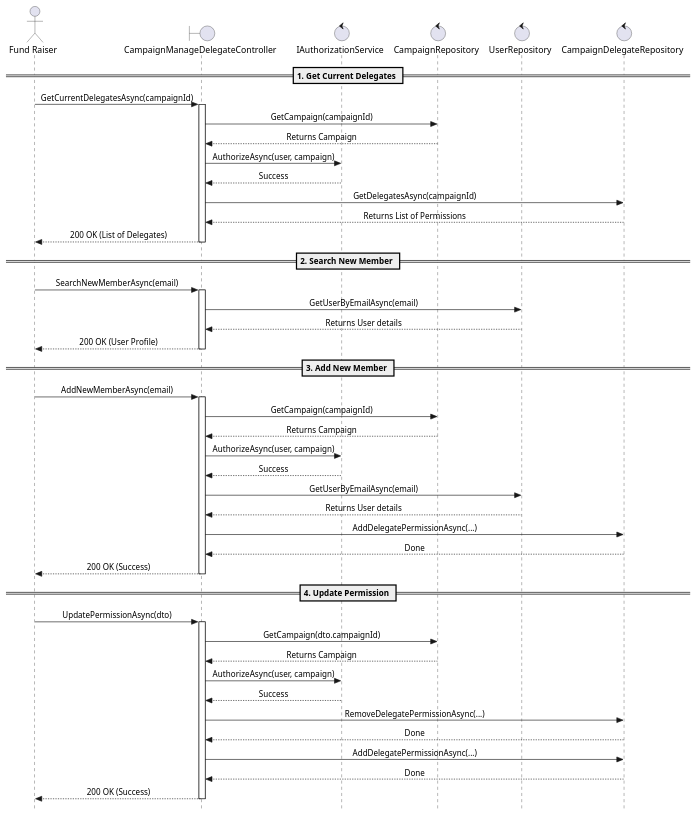
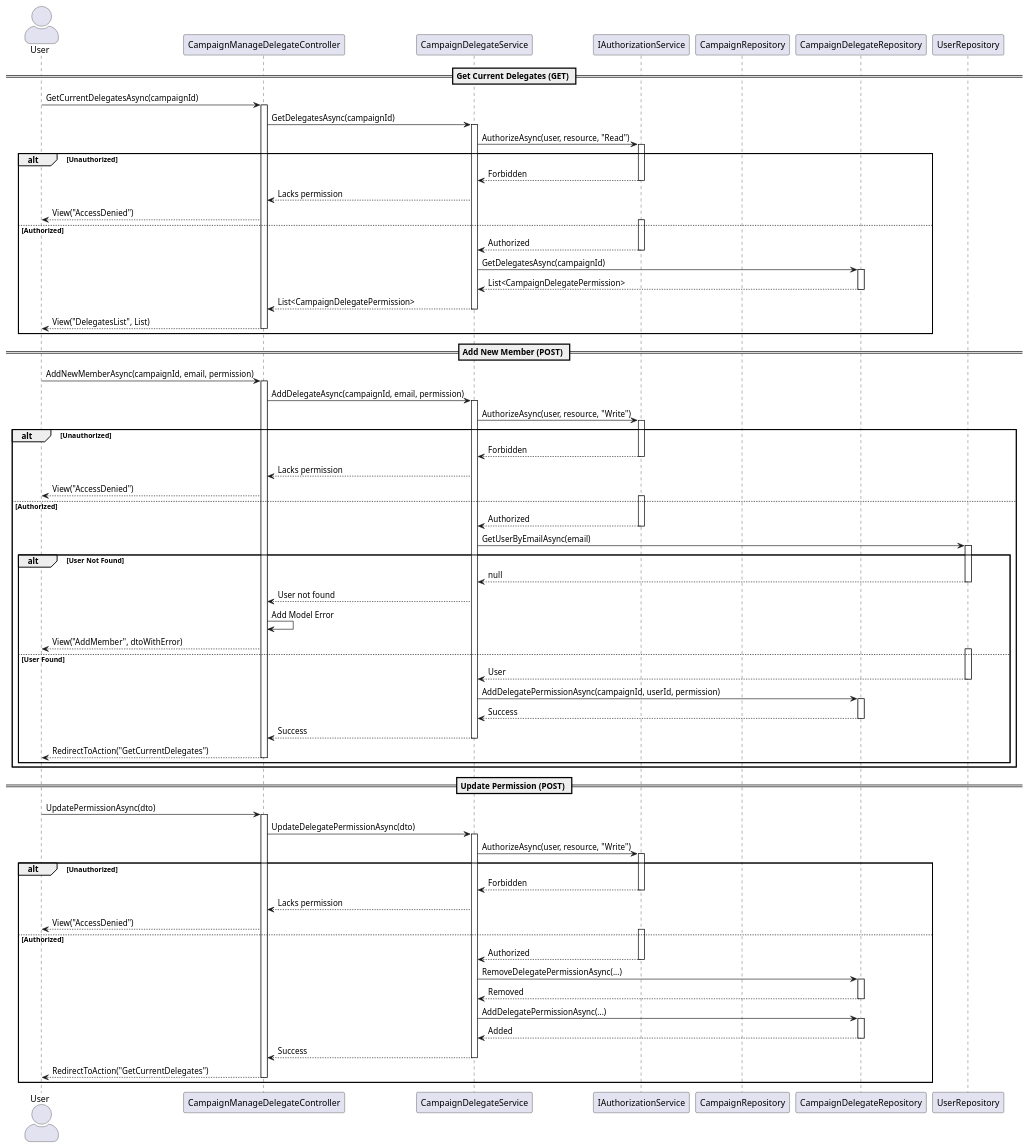
Before and after one commit to acidMyke/FundRaisingAssignment: the diagram in docs/CampaignAccessDelegation/bce-sequence-diagram.plantuml, drawn with PlantUML. The commit also changed 1 other file, not shown here.

Commit message:
docs: update diagram with a service layer

```diff
--- a/docs/CampaignAccessDelegation/bce-sequence-diagram.plantuml
+++ b/docs/CampaignAccessDelegation/bce-sequence-diagram.plantuml
@@ -1,80 +1,113 @@
-@startuml Campaign Access Delegation Sequence - All Methods
-skinparam style strictuml
-skinparam sequenceMessageAlign center
+@startuml Campaign Delegate Flows
+skinparam actorStyle awesome
 
-actor "Fund Raiser" as User
-boundary "CampaignManageDelegateController" as Boundary
-control "IAuthorizationService" as Auth
-control "CampaignRepository" as CampRepo
-control "UserRepository" as UserRepo
-control "CampaignDelegateRepository" as DelegateRepo
+actor User as Client
+participant "CampaignManageDelegateController" as Controller
+participant "CampaignDelegateService" as Service
+participant "IAuthorizationService" as Auth
+participant "CampaignRepository" as CampaignRepo
+participant "CampaignDelegateRepository" as DelegateRepo
+participant "UserRepository" as UserRepo
 
-== 1. Get Current Delegates ==
-User -> Boundary : GetCurrentDelegatesAsync(campaignId)
-activate Boundary
+== Get Current Delegates (GET) ==
+Client -> Controller: GetCurrentDelegatesAsync(campaignId)
+activate Controller
+Controller -> Service: GetDelegatesAsync(campaignId)
+activate Service
+
+Service -> Auth: AuthorizeAsync(user, resource, "Read")
+activate Auth
+alt Unauthorized
+    Auth --> Service: Forbidden
+    deactivate Auth
+    Service --> Controller: Lacks permission
+    Controller --> Client: View("AccessDenied")
+else Authorized
+    activate Auth
+    Auth --> Service: Authorized
+    deactivate Auth
+    Service -> DelegateRepo: GetDelegatesAsync(campaignId)
+    activate DelegateRepo
+    DelegateRepo --> Service: List<CampaignDelegatePermission>
+    deactivate DelegateRepo
+    Service --> Controller: List<CampaignDelegatePermission>
+    deactivate Service
+    Controller --> Client: View("DelegatesList", List)
+    deactivate Controller
+end
+
+== Add New Member (POST) ==
+Client -> Controller: AddNewMemberAsync(campaignId, email, permission)
+activate Controller
+Controller -> Service: AddDelegateAsync(campaignId, email, permission)
+activate Service
+
+Service -> Auth: AuthorizeAsync(user, resource, "Write")
+activate Auth
+alt Unauthorized
+    Auth --> Service: Forbidden
+    deactivate Auth
+    Service --> Controller: Lacks permission
+    Controller --> Client: View("AccessDenied")
+else Authorized
+    activate Auth
+    Auth --> Service: Authorized
+    deactivate Auth
+    Service -> UserRepo: GetUserByEmailAsync(email)
+    activate UserRepo
+    alt User Not Found
+        UserRepo --> Service: null
+        deactivate UserRepo
+        Service --> Controller: User not found
+        Controller -> Controller: Add Model Error
+        Controller --> Client: View("AddMember", dtoWithError)
+    else User Found
+        activate UserRepo
+        UserRepo --> Service: User
+        deactivate UserRepo
+        Service -> DelegateRepo: AddDelegatePermissionAsync(campaignId, userId, permission)
+        activate DelegateRepo
+        DelegateRepo --> Service: Success
+        deactivate DelegateRepo
+        Service --> Controller: Success
+        deactivate Service
+        Controller --> Client: RedirectToAction("GetCurrentDelegates")
+        deactivate Controller
+    end
+end
+
+== Update Permission (POST) ==
+Client -> Controller: UpdatePermissionAsync(dto)
+activate Controller
+Controller -> Service: UpdateDelegatePermissionAsync(dto)
+activate Service
+
+Service -> Auth: AuthorizeAsync(user, resource, "Write")
+activate Auth
+alt Unauthorized
+    Auth --> Service: Forbidden
+    deactivate Auth
+    Service --> Controller: Lacks permission
+    Controller --> Client: View("AccessDenied")
+else Authorized
+    activate Auth
+    Auth --> Service: Authorized
+    deactivate Auth
     
-    ' Check if user owns campaign
-    Boundary -> CampRepo : GetCampaign(campaignId)
-    CampRepo --> Boundary : Returns Campaign
-    Boundary -> Auth : AuthorizeAsync(user, campaign)
-    Auth --> Boundary : Success
+    Service -> DelegateRepo: RemoveDelegatePermissionAsync(...)
+    activate DelegateRepo
+    DelegateRepo --> Service: Removed
+    deactivate DelegateRepo
     
-    ' Fetch the list
-    Boundary -> DelegateRepo : GetDelegatesAsync(campaignId)
-    DelegateRepo --> Boundary : Returns List of Permissions
-
-Boundary --> User : 200 OK (List of Delegates)
-deactivate Boundary
-
-== 2. Search New Member ==
-User -> Boundary : SearchNewMemberAsync(email)
-activate Boundary
-
-    ' Find the user
-    Boundary -> UserRepo : GetUserByEmailAsync(email)
-    UserRepo --> Boundary : Returns User details
-
-Boundary --> User : 200 OK (User Profile)
-deactivate Boundary
-
-== 3. Add New Member ==
-User -> Boundary : AddNewMemberAsync(email)
-activate Boundary
-
-    ' Check if user owns campaign
-    Boundary -> CampRepo : GetCampaign(campaignId)
-    CampRepo --> Boundary : Returns Campaign
-    Boundary -> Auth : AuthorizeAsync(user, campaign)
-    Auth --> Boundary : Success
-
-    ' Find the user to add
-    Boundary -> UserRepo : GetUserByEmailAsync(email)
-    UserRepo --> Boundary : Returns User details
-
-    ' Add them
-    Boundary -> DelegateRepo : AddDelegatePermissionAsync(...)
-    DelegateRepo --> Boundary : Done
-
-Boundary --> User : 200 OK (Success)
-deactivate Boundary
-
-== 4. Update Permission ==
-User -> Boundary : UpdatePermissionAsync(dto)
-activate Boundary
-
-    ' Check if user owns campaign
-    Boundary -> CampRepo : GetCampaign(dto.campaignId)
-    CampRepo --> Boundary : Returns Campaign
-    Boundary -> Auth : AuthorizeAsync(user, campaign)
-    Auth --> Boundary : Success
-
-    ' Swap the old permission for the new one
-    Boundary -> DelegateRepo : RemoveDelegatePermissionAsync(...)
-    DelegateRepo --> Boundary : Done
-    Boundary -> DelegateRepo : AddDelegatePermissionAsync(...)
-    DelegateRepo --> Boundary : Done
-
-Boundary --> User : 200 OK (Success)
-deactivate Boundary
+    Service -> DelegateRepo: AddDelegatePermissionAsync(...)
+    activate DelegateRepo
+    DelegateRepo --> Service: Added
+    deactivate DelegateRepo
+    
+    Service --> Controller: Success
+    deactivate Service
+    Controller --> Client: RedirectToAction("GetCurrentDelegates")
+    deactivate Controller
+end
 
 @enduml
```
